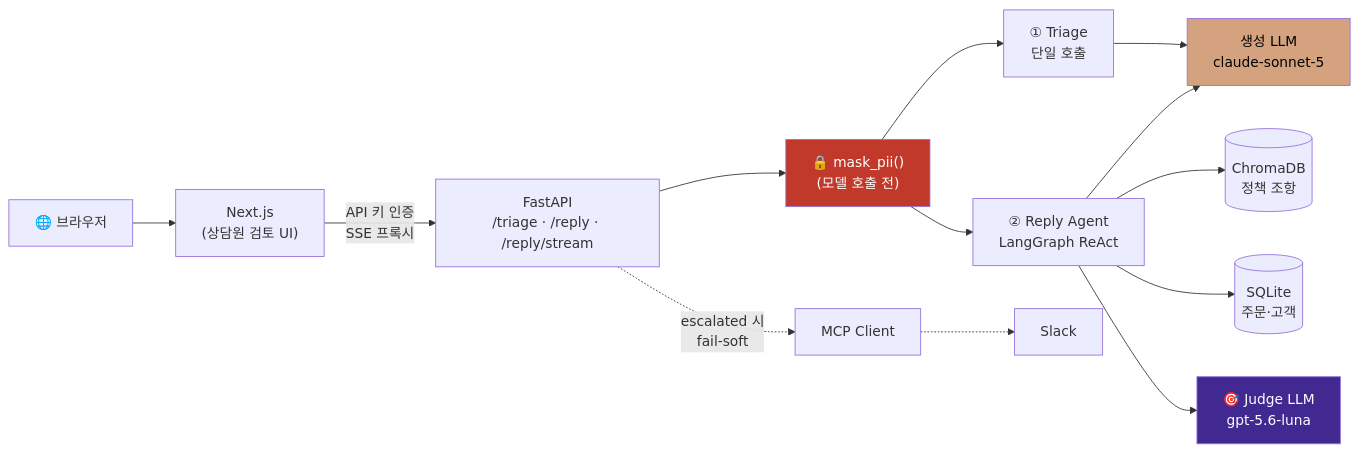
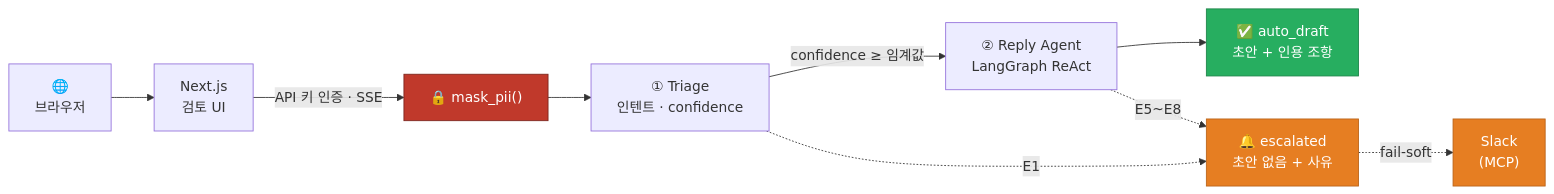
One commit to MachuEngine/cs-assistant changed the first of 4 diagrams in README.md. Above: the diagram before and after it, drawn with Mermaid. The commit also changed other lines of this file, not shown here.

First line of the commit message:
docs: README 다이어그램 가독성 개선 + 검색 평가의 한계 명시

````diff
--- a/README.md
+++ b/README.md
@@ -68,22 +70,19 @@
 ```mermaid
 flowchart LR
-    B["🌐 브라우저"] --> N["Next.js<br/>(상담원 검토 UI)"]
-    N -->|"API 키 인증<br/>SSE 프록시"| F["FastAPI<br/>/triage · /reply · /reply/stream"]
+    B["🌐<br/>브라우저"] --> N["Next.js<br/>검토 UI"]
+    N -->|"API 키 인증 · SSE"| G["🔒 mask_pii()"]
+    G --> T["① Triage<br/>인텐트 · confidence"]
+    T -->|"confidence ≥ 임계값"| R["② Reply Agent<br/>LangGraph ReAct"]
+    R --> OK["✅ auto_draft<br/>초안 + 인용 조항"]
 
-    F --> M["🔒 mask_pii()<br/>(모델 호출 전)"]
-    M --> T["① Triage<br/>단일 호출"]
-    M --> R["② Reply Agent<br/>LangGraph ReAct"]
+    T -.->|"E1"| ESC["🔔 escalated<br/>초안 없음 + 사유"]
+    R -.->|"E5~E8"| ESC
+    ESC -.->|"fail-soft"| SL["Slack<br/>(MCP)"]
 
-    T --> GEN["생성 LLM<br/>claude-sonnet-5"]
-    R --> GEN
-    R --> CH[("ChromaDB<br/>정책 조항")]
-    R --> DB[("SQLite<br/>주문·고객")]
-    R --> JU["🎯 Judge LLM<br/>gpt-5.6-luna"]
-
-    F -.->|"escalated 시<br/>fail-soft"| MCP["MCP Client"]
-    MCP -.-> SL["Slack"]
-
-    style JU fill:#412991,color:#fff
-    style GEN fill:#D4A27F,color:#000
-    style M fill:#c0392b,color:#fff
+    classDef guard fill:#c0392b,stroke:#7b241c,color:#fff
+    classDef good  fill:#27ae60,stroke:#1e8449,color:#fff
+    classDef esc   fill:#e67e22,stroke:#ba6318,color:#fff
+    class G guard
+    class OK good
+    class ESC,SL esc
 ```
````
